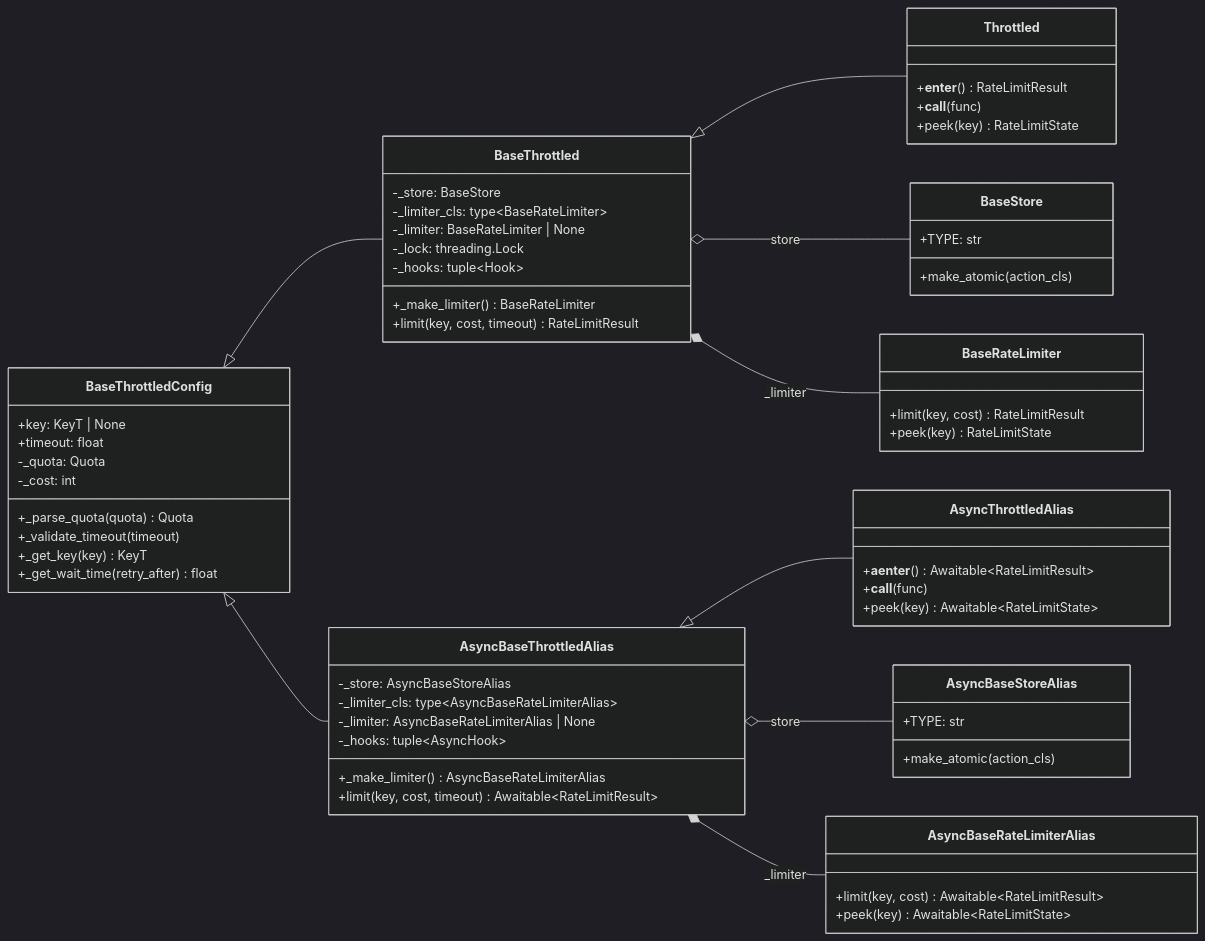
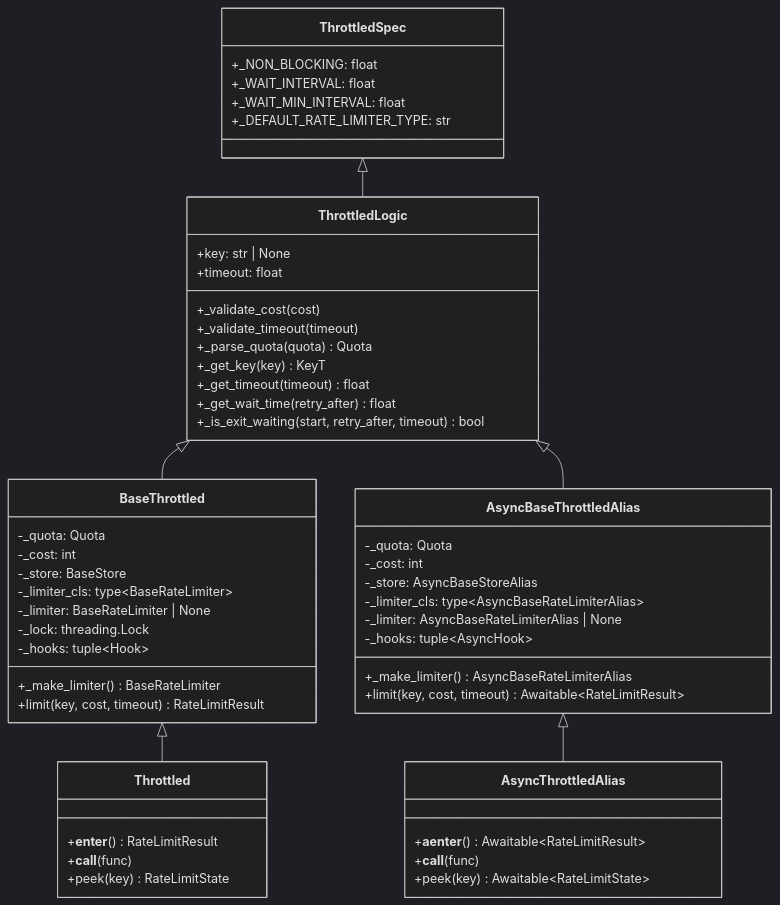
The eighth of 8 diagrams in knowledge/throttled-py/issues/2026-05-06-store-typing-abstraction-refactor/PLAN.md (ZhuoZhuoCrayon/ai-workspace), drawn with Mermaid (dark theme) before and after one commit. The commit also changed other lines of this file and 8 other files, not shown here.

````diff
--- a/knowledge/throttled-py/issues/2026-05-06-store-typing-abstraction-refactor/PLAN.md
+++ b/knowledge/throttled-py/issues/2026-05-06-store-typing-abstraction-refactor/PLAN.md
@@ -581,67 +856,59 @@
 ```mermaid
 classDiagram
-    direction LR
+    direction TB
 
-    class BaseThrottledConfig {
-        +key: KeyT | None
+    class ThrottledSpec {
+        +_NON_BLOCKING: float
+        +_WAIT_INTERVAL: float
+        +_WAIT_MIN_INTERVAL: float
+        +_DEFAULT_RATE_LIMITER_TYPE: str
+    }
+    class ThrottledLogic {
+        +key: str | None
         +timeout: float
+        +_validate_cost(cost)
+        +_validate_timeout(timeout)
+        +_parse_quota(quota) Quota
+        +_get_key(key) KeyT
+        +_get_timeout(timeout) float
+        +_get_wait_time(retry_after) float
+        +_is_exit_waiting(start, retry_after, timeout) bool
+    }
+    class BaseThrottled {
         -_quota: Quota
         -_cost: int
-        +_parse_quota(quota) Quota
-        +_validate_timeout(timeout)
-        +_get_key(key) KeyT
-        +_get_wait_time(retry_after) float
-    }
-    class BaseStore {
-        +TYPE: str
-        +make_atomic(action_cls)
-    }
-    class AsyncBaseStoreAlias {
-        +TYPE: str
-        +make_atomic(action_cls)
-    }
-    class BaseRateLimiter {
-        +limit(key, cost) RateLimitResult
-        +peek(key) RateLimitState
-    }
-    class AsyncBaseRateLimiterAlias {
-        +limit(key, cost) Awaitable~RateLimitResult~
-        +peek(key) Awaitable~RateLimitState~
-    }
-    class BaseThrottled {
         -_store: BaseStore
         -_limiter_cls: type~BaseRateLimiter~
         -_limiter: BaseRateLimiter | None
         -_lock: threading.Lock
         -_hooks: tuple~Hook~
         +_make_limiter() BaseRateLimiter
         +limit(key, cost, timeout) RateLimitResult
     }
     class AsyncBaseThrottledAlias {
+        -_quota: Quota
+        -_cost: int
         -_store: AsyncBaseStoreAlias
         -_limiter_cls: type~AsyncBaseRateLimiterAlias~
         -_limiter: AsyncBaseRateLimiterAlias | None
         -_hooks: tuple~AsyncHook~
         +_make_limiter() AsyncBaseRateLimiterAlias
         +limit(key, cost, timeout) Awaitable~RateLimitResult~
     }
     class Throttled {
         +__enter__() RateLimitResult
         +__call__(func)
         +peek(key) RateLimitState
     }
     class AsyncThrottledAlias {
         +__aenter__() Awaitable~RateLimitResult~
         +__call__(func)
         +peek(key) Awaitable~RateLimitState~
     }
 
-    BaseThrottledConfig <|-- BaseThrottled
-    BaseThrottledConfig <|-- AsyncBaseThrottledAlias
+    ThrottledSpec <|-- ThrottledLogic
+    ThrottledLogic <|-- BaseThrottled
+    ThrottledLogic <|-- AsyncBaseThrottledAlias
     BaseThrottled <|-- Throttled
     AsyncBaseThrottledAlias <|-- AsyncThrottledAlias
-    BaseThrottled o-- BaseStore : store
-    AsyncBaseThrottledAlias o-- AsyncBaseStoreAlias : store
-    BaseThrottled *-- BaseRateLimiter : _limiter
-    AsyncBaseThrottledAlias *-- AsyncBaseRateLimiterAlias : _limiter
 ```
````
